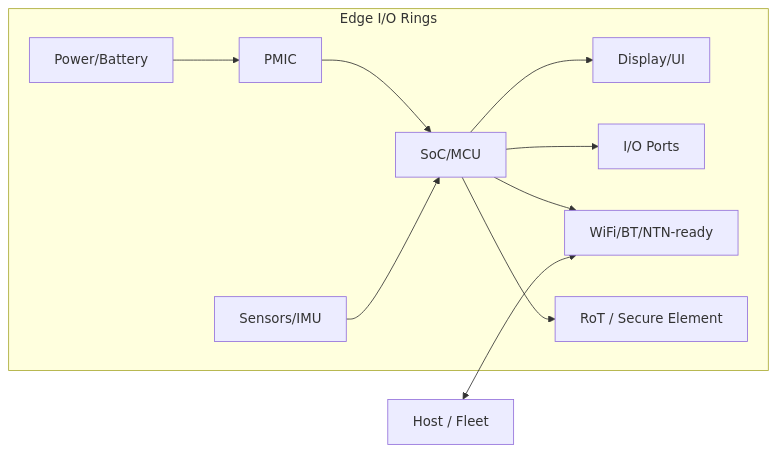
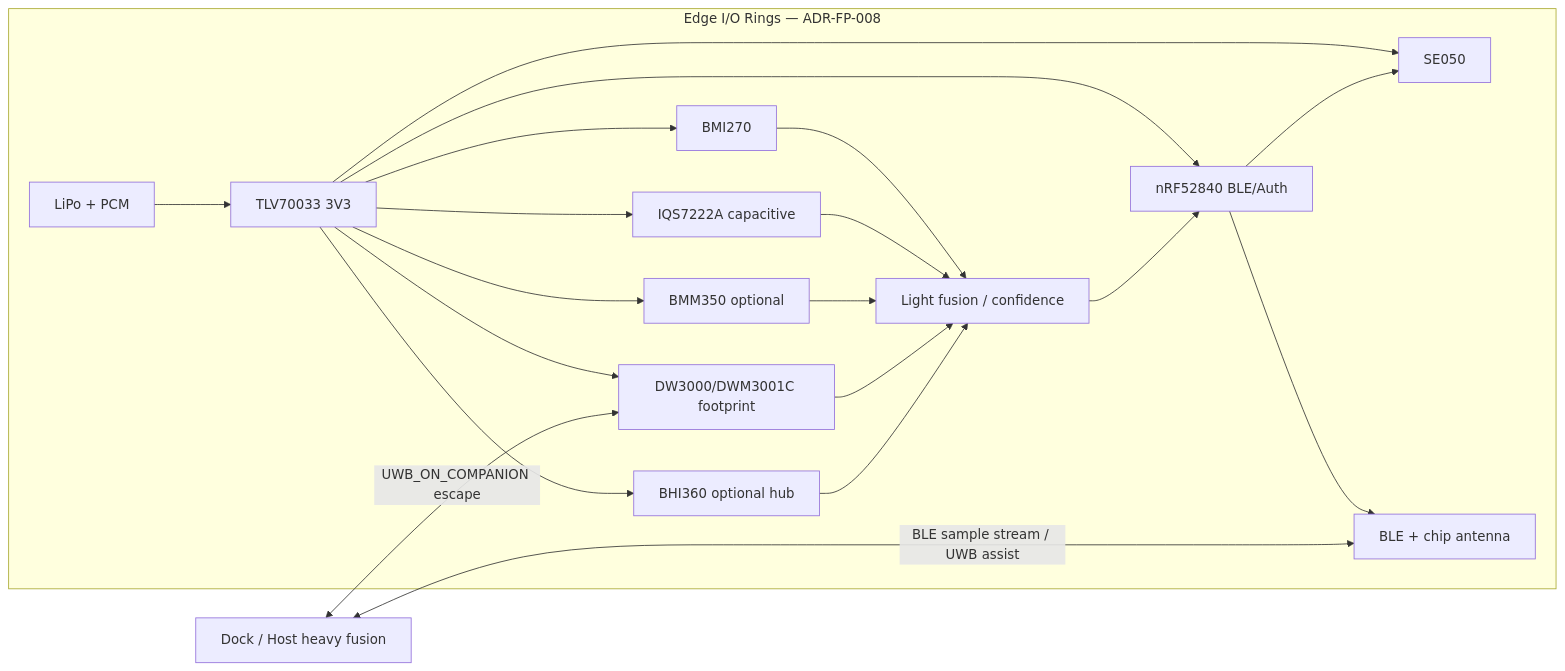
Before and after one commit to gunnchOS3k/gunnchos-7gc-ai-ran-field-kit: the diagram in device_designs/edge_io_rings/block_diagram.mmd, drawn with Mermaid. The commit also changed 14 other files, not shown here.

First line of the commit message:
feat(full-product): Wave A2 hardware digital depth (ring fusion, dock, Student rails)

```diff
--- a/device_designs/edge_io_rings/block_diagram.mmd
+++ b/device_designs/edge_io_rings/block_diagram.mmd
@@ -1,11 +1,21 @@
 flowchart LR
-  subgraph edge_io_rings[Edge I/O Rings]
-    PWR[Power/Battery] --> PMIC[PMIC]
-    PMIC --> SOC[SoC/MCU]
-    SOC --> DISP[Display/UI]
-    SOC --> IO[I/O Ports]
-    SOC --> RF[WiFi/BT/NTN-ready]
-    SOC --> SEC[RoT / Secure Element]
-    IMU[Sensors/IMU] --> SOC
+  subgraph edge_io_rings[Edge I/O Rings — ADR-FP-008]
+    PWR[LiPo + PCM] --> LDO[TLV70033 3V3]
+    LDO --> MCU[nRF52840 BLE/Auth]
+    LDO --> IMU[BMI270]
+    LDO --> CAP[IQS7222A capacitive]
+    LDO --> MAG[BMM350 optional]
+    LDO --> SE[SE050]
+    LDO --> UWB[DW3000/DWM3001C footprint]
+    LDO --> HUB[BHI360 optional hub]
+    IMU --> FUS[Light fusion / confidence]
+    CAP --> FUS
+    MAG --> FUS
+    UWB --> FUS
+    HUB --> FUS
+    FUS --> MCU
+    MCU --> BLE[BLE + chip antenna]
+    MCU --> SE
   end
-  HOST[Host / Fleet] <--> RF
+  DOCK[Dock / Host heavy fusion] <-->|BLE sample stream / UWB assist| BLE
+  DOCK <-->|UWB_ON_COMPANION escape| UWB
```
